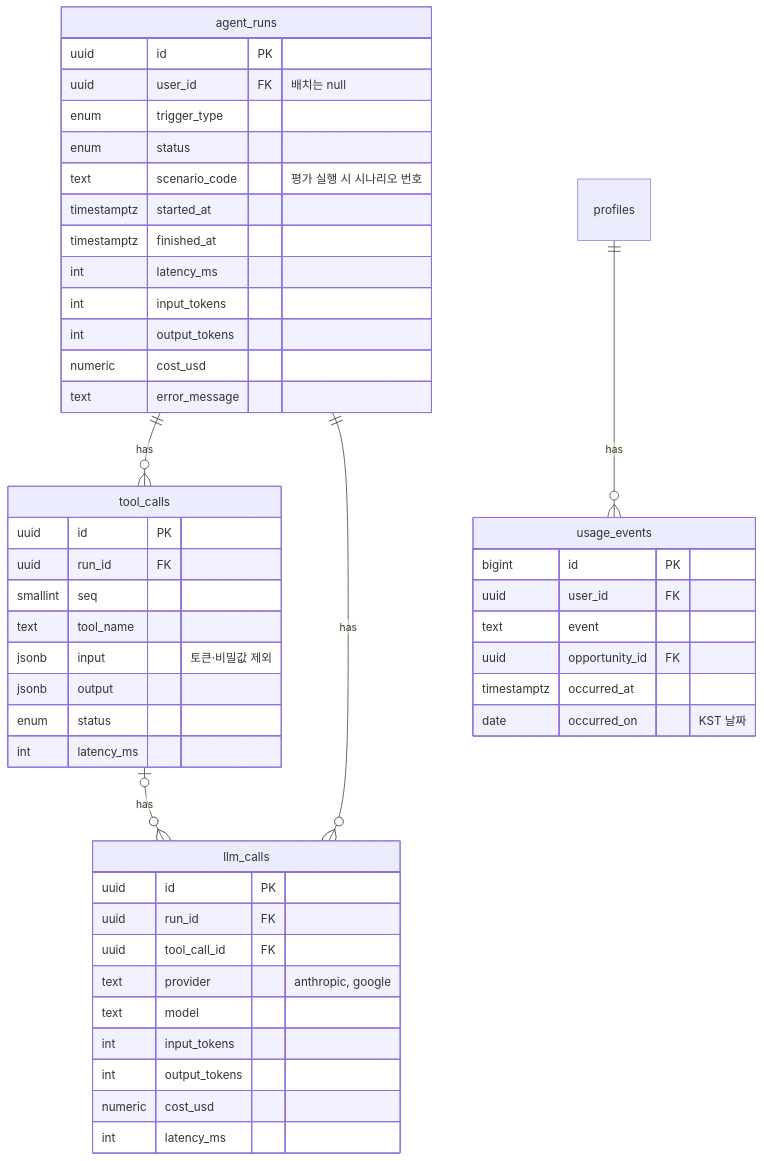
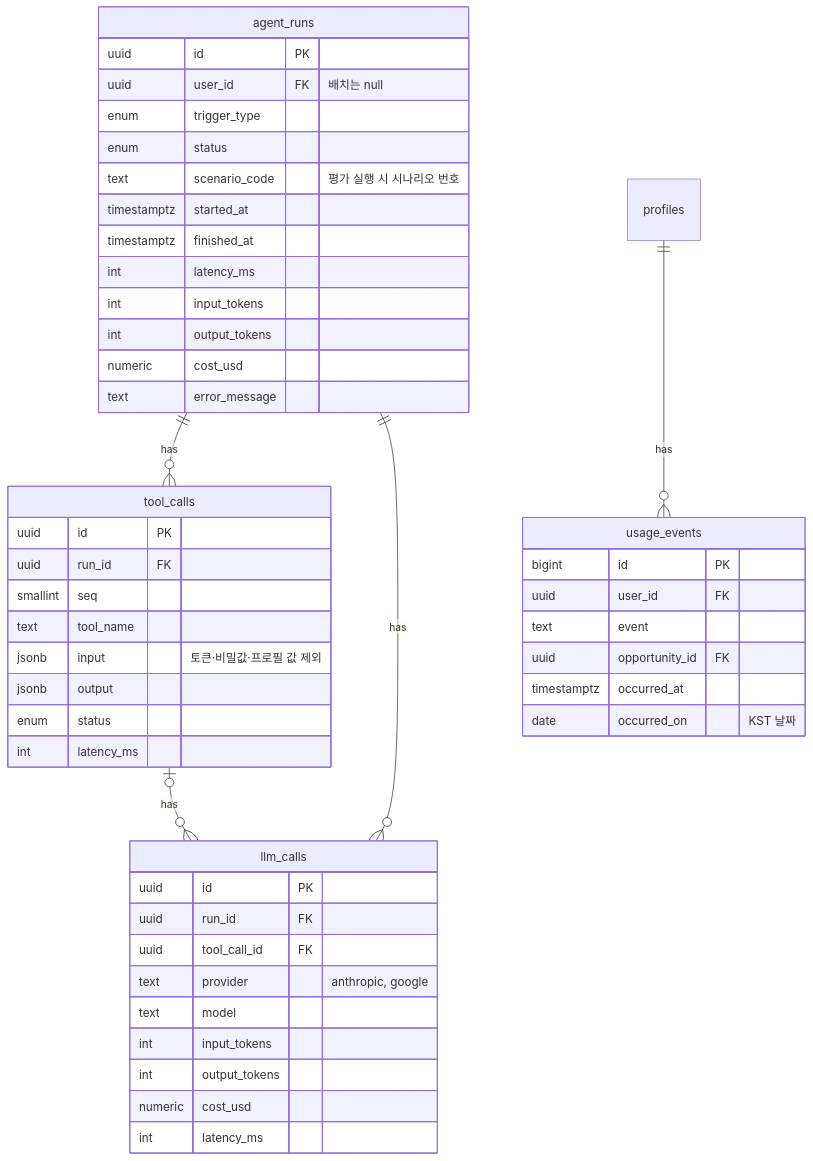
One commit to Happy623623/Unipivot changed the sixth of 6 diagrams in docs/ERD_v0.9.md. Above: the diagram before and after it, drawn with Mermaid. The commit also changed other lines of this file and 13 other files, not shown here.

First line of the commit message:
fix(F-21): 전남광주통합특별시 판정 (2026-07-01 행정구역 개편) + PRD·ERD 정리 (#26)

````diff
--- a/docs/ERD_v0.9.md
+++ b/docs/ERD_v0.9.md
@@ -484,50 +484,50 @@
 ```mermaid
 erDiagram
     agent_runs {
         uuid id PK
         uuid user_id FK "배치는 null"
         enum trigger_type
         enum status
         text scenario_code "평가 실행 시 시나리오 번호"
         timestamptz started_at
         timestamptz finished_at
         int latency_ms
         int input_tokens
         int output_tokens
         numeric cost_usd
         text error_message
     }
     tool_calls {
         uuid id PK
         uuid run_id FK
         smallint seq
         text tool_name
-        jsonb input "토큰·비밀값 제외"
+        jsonb input "토큰·비밀값·프로필 값 제외"
         jsonb output
         enum status
         int latency_ms
     }
     llm_calls {
         uuid id PK
         uuid run_id FK
         uuid tool_call_id FK
         text provider "anthropic, google"
         text model
         int input_tokens
         int output_tokens
         numeric cost_usd
         int latency_ms
     }
     usage_events {
         bigint id PK
         uuid user_id FK
         text event
         uuid opportunity_id FK
         timestamptz occurred_at
         date occurred_on "KST 날짜"
     }
     agent_runs ||--o{ tool_calls : "has"
     profiles ||--o{ usage_events : "has"
     agent_runs ||--o{ llm_calls : "has"
     tool_calls |o--o{ llm_calls : "has"
 ```
````
